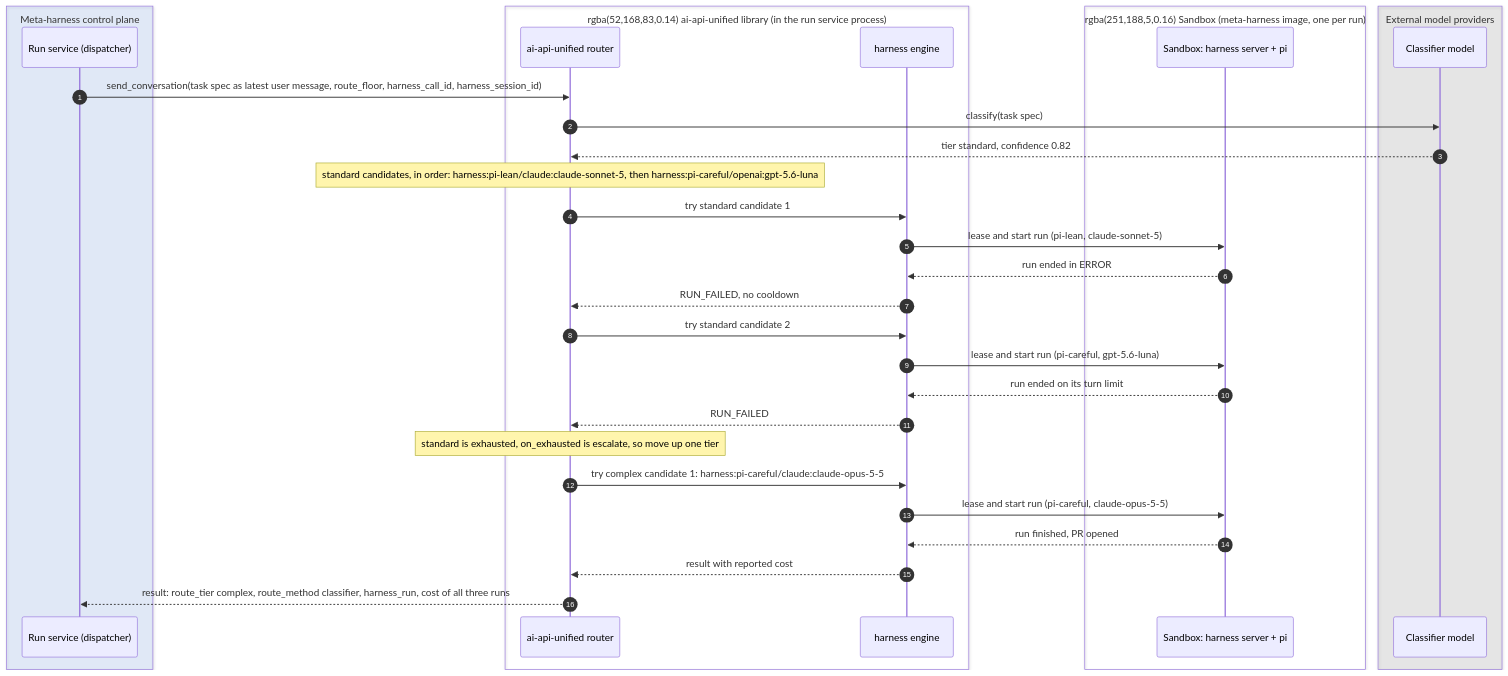
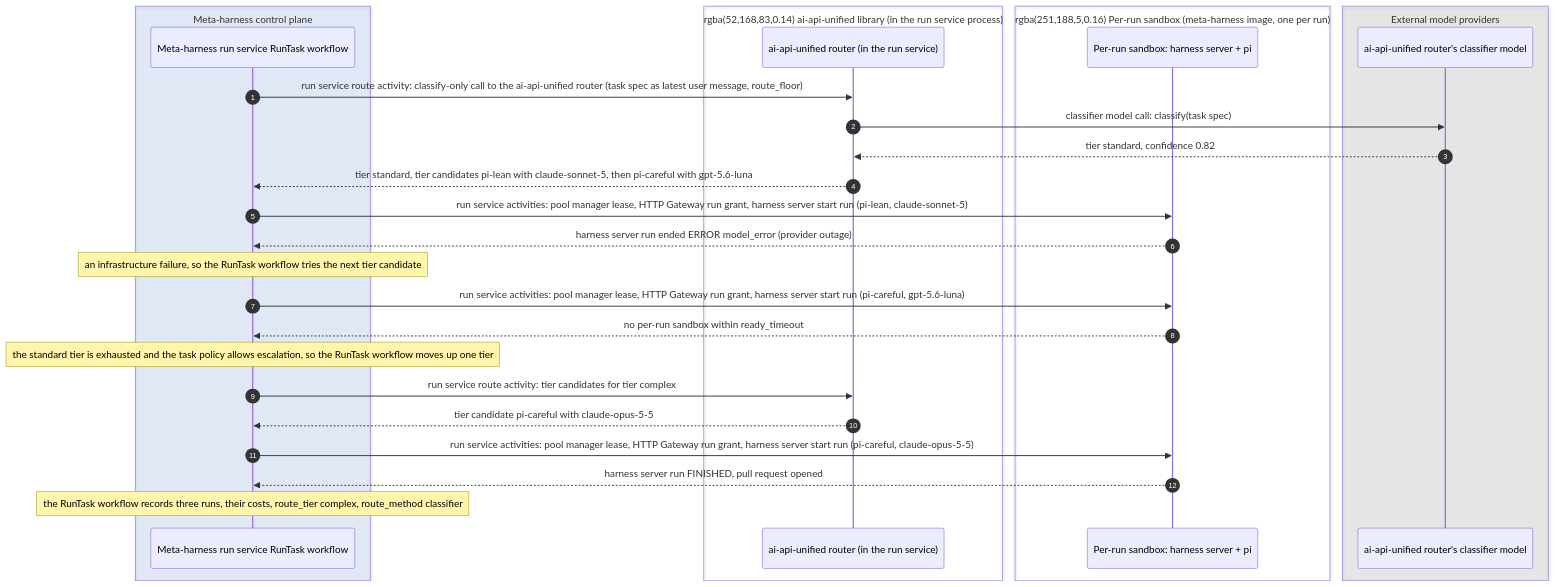
The second of 12 diagrams in docs/technical-design.md (davecthomas/meta-harness), drawn with Mermaid before and after one commit. The commit also changed other lines of this file, not shown here.

First line of the commit message:
docs/technical-design: label every component, and finish the run-loop rewrite

````diff
--- a/docs/technical-design.md
+++ b/docs/technical-design.md
@@ -540,36 +574,32 @@
 ```mermaid
 sequenceDiagram
     autonumber
     box rgba(66,135,245,0.12) Meta-harness control plane
-    participant RS as Run service (dispatcher)
+    participant WF as Meta-harness run service RunTask workflow
     end
     box rgba(52,168,83,0.14) ai-api-unified library (in the run service process)
-    participant RT as ai-api-unified router
-    participant HE as harness engine
+    participant RT as ai-api-unified router (in the run service)
     end
-    box rgba(251,188,5,0.16) Sandbox (meta-harness image, one per run)
-    participant SB as Sandbox: harness server + pi
+    box rgba(251,188,5,0.16) Per-run sandbox (meta-harness image, one per run)
+    participant SB as Per-run sandbox: harness server + pi
     end
     box rgba(128,128,128,0.14) External model providers
-    participant CL as Classifier model
+    participant CL as ai-api-unified router's classifier model
     end
 
-    RS->>RT: send_conversation(task spec as latest user message, route_floor, harness_call_id, harness_session_id)
-    RT->>CL: classify(task spec)
+    WF->>RT: run service route activity: classify-only call to the ai-api-unified router (task spec as latest user message, route_floor)
+    RT->>CL: classifier model call: classify(task spec)
     CL-->>RT: tier standard, confidence 0.82
-    Note over RT: standard candidates, in order: harness:pi-lean/claude:claude-sonnet-5, then harness:pi-careful/openai:gpt-5.6-luna
-    RT->>HE: try standard candidate 1
-    HE->>SB: lease and start run (pi-lean, claude-sonnet-5)
-    SB-->>HE: run ended in ERROR
-    HE-->>RT: RUN_FAILED, no cooldown
-    RT->>HE: try standard candidate 2
-    HE->>SB: lease and start run (pi-careful, gpt-5.6-luna)
-    SB-->>HE: run ended on its turn limit
-    HE-->>RT: RUN_FAILED
-    Note over RT: standard is exhausted, on_exhausted is escalate, so move up one tier
-    RT->>HE: try complex candidate 1: harness:pi-careful/claude:claude-opus-5-5
-    HE->>SB: lease and start run (pi-careful, claude-opus-5-5)
-    SB-->>HE: run finished, PR opened
-    HE-->>RT: result with reported cost
-    RT-->>RS: result: route_tier complex, route_method classifier, harness_run, cost of all three runs
+    RT-->>WF: tier standard, tier candidates pi-lean with claude-sonnet-5, then pi-careful with gpt-5.6-luna
+    WF->>SB: run service activities: pool manager lease, HTTP Gateway run grant, harness server start run (pi-lean, claude-sonnet-5)
+    SB-->>WF: harness server run ended ERROR model_error (provider outage)
+    Note over WF: an infrastructure failure, so the RunTask workflow tries the next tier candidate
+    WF->>SB: run service activities: pool manager lease, HTTP Gateway run grant, harness server start run (pi-careful, gpt-5.6-luna)
+    SB-->>WF: no per-run sandbox within ready_timeout
+    Note over WF: the standard tier is exhausted and the task policy allows escalation, so the RunTask workflow moves up one tier
+    WF->>RT: run service route activity: tier candidates for tier complex
+    RT-->>WF: tier candidate pi-careful with claude-opus-5-5
+    WF->>SB: run service activities: pool manager lease, HTTP Gateway run grant, harness server start run (pi-careful, claude-opus-5-5)
+    SB-->>WF: harness server run FINISHED, pull request opened
+    Note over WF: the RunTask workflow records three runs, their costs, route_tier complex, route_method classifier
 ```
````
